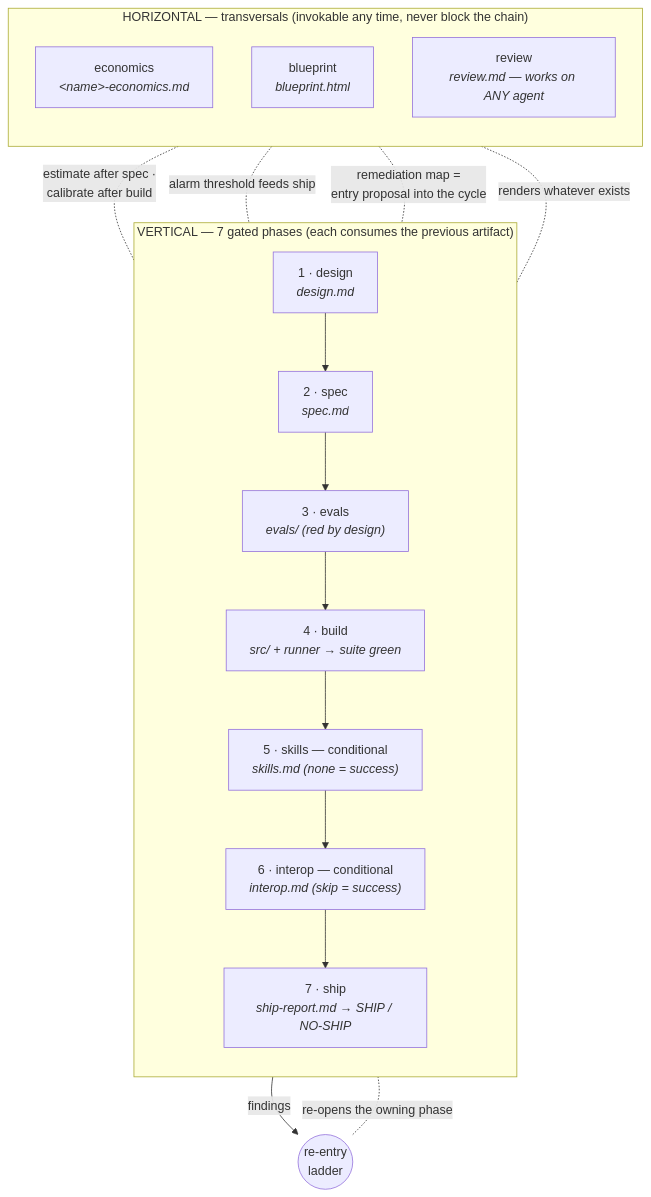
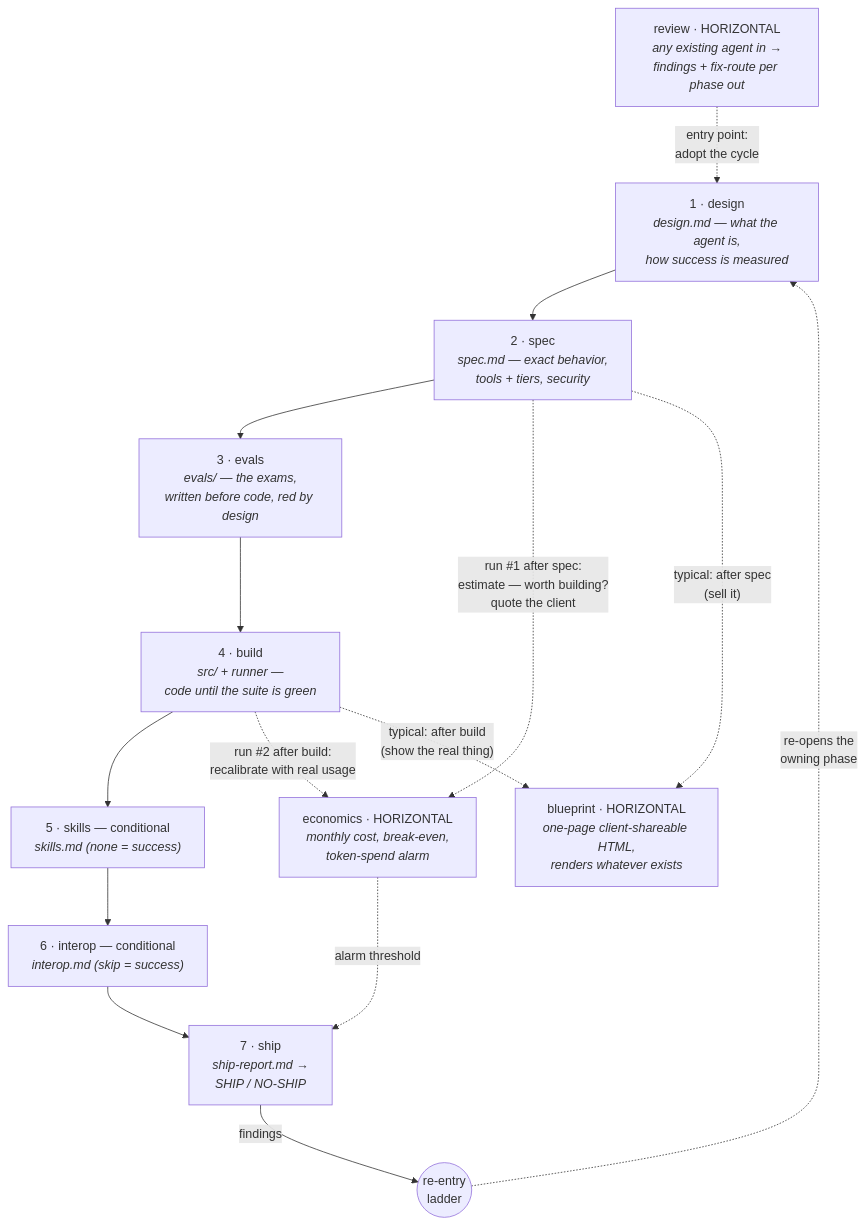
One commit to alanvaa06/agent-cycle changed the diagram in README.md. Above: the diagram before and after it, drawn with Mermaid. The commit also changed other lines of this file, not shown here.

Commit message:
docs: anchor horizontals to their moments in the cycle diagram (economics x2, blueprint, review as entry)

````diff
--- a/README.md
+++ b/README.md
@@ -26,29 +26,27 @@
 ```mermaid
 flowchart TB
-    subgraph V["VERTICAL — 7 gated phases (each consumes the previous artifact)"]
-        direction TB
-        D["1 · design<br/><i>design.md</i>"]
-        S["2 · spec<br/><i>spec.md</i>"]
-        E["3 · evals<br/><i>evals/ (red by design)</i>"]
-        B["4 · build<br/><i>src/ + runner → suite green</i>"]
-        K["5 · skills — conditional<br/><i>skills.md (none = success)</i>"]
-        I["6 · interop — conditional<br/><i>interop.md (skip = success)</i>"]
-        H["7 · ship<br/><i>ship-report.md → SHIP / NO-SHIP</i>"]
-        D --> S --> E --> B --> K --> I --> H
-    end
+    REV["review · HORIZONTAL<br/><i>any existing agent in →<br/>findings + fix-route per phase out</i>"]
+    REV -.->|"entry point:<br/>adopt the cycle"| D
 
-    subgraph T["HORIZONTAL — transversals (invokable any time, never block the chain)"]
-        direction TB
-        ECO["economics<br/><i>&lt;name&gt;-economics.md</i>"]
-        BLP["blueprint<br/><i>blueprint.html</i>"]
-        REV["review<br/><i>review.md — works on ANY agent</i>"]
-    end
+    D["1 · design<br/><i>design.md — what the agent is,<br/>how success is measured</i>"]
+    S["2 · spec<br/><i>spec.md — exact behavior,<br/>tools + tiers, security</i>"]
+    E["3 · evals<br/><i>evals/ — the exams,<br/>written before code, red by design</i>"]
+    B["4 · build<br/><i>src/ + runner —<br/>code until the suite is green</i>"]
+    K["5 · skills — conditional<br/><i>skills.md (none = success)</i>"]
+    I["6 · interop — conditional<br/><i>interop.md (skip = success)</i>"]
+    H["7 · ship<br/><i>ship-report.md →<br/>SHIP / NO-SHIP</i>"]
 
-    ECO -. "estimate after spec ·<br/>calibrate after build" .- S
-    ECO -. "alarm threshold feeds ship" .- H
-    BLP -. "renders whatever exists" .- V
-    REV -. "remediation map =<br/>entry proposal into the cycle" .- D
+    D --> S --> E --> B --> K --> I --> H
 
-    H -- "findings" --> RL(("re-entry<br/>ladder"))
-    RL -. "re-opens the owning phase" .- V
+    ECO["economics · HORIZONTAL<br/><i>monthly cost, break-even,<br/>token-spend alarm</i>"]
+    S -.->|"run #1 after spec:<br/>estimate — worth building?<br/>quote the client"| ECO
+    B -.->|"run #2 after build:<br/>recalibrate with real usage"| ECO
+    ECO -.->|"alarm threshold"| H
+
+    BLP["blueprint · HORIZONTAL<br/><i>one-page client-shareable HTML,<br/>renders whatever exists</i>"]
+    S -.->|"typical: after spec<br/>(sell it)"| BLP
+    B -.->|"typical: after build<br/>(show the real thing)"| BLP
+
+    H -->|"findings"| RL(("re-entry<br/>ladder"))
+    RL -.->|"re-opens the<br/>owning phase"| D
 ```
````
